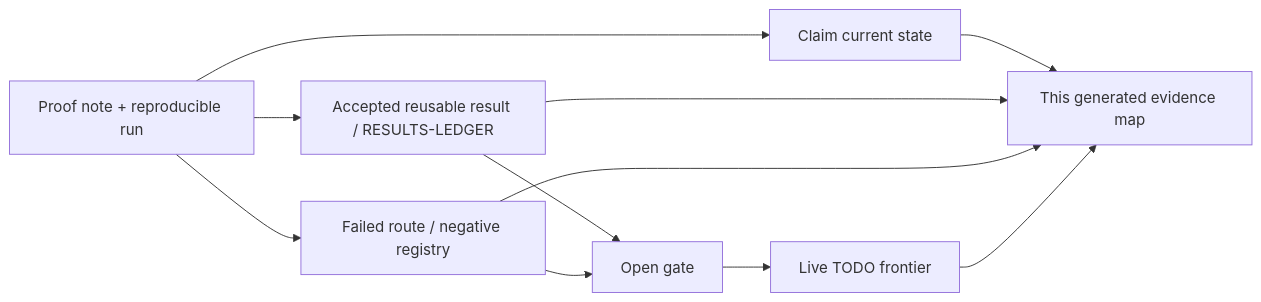
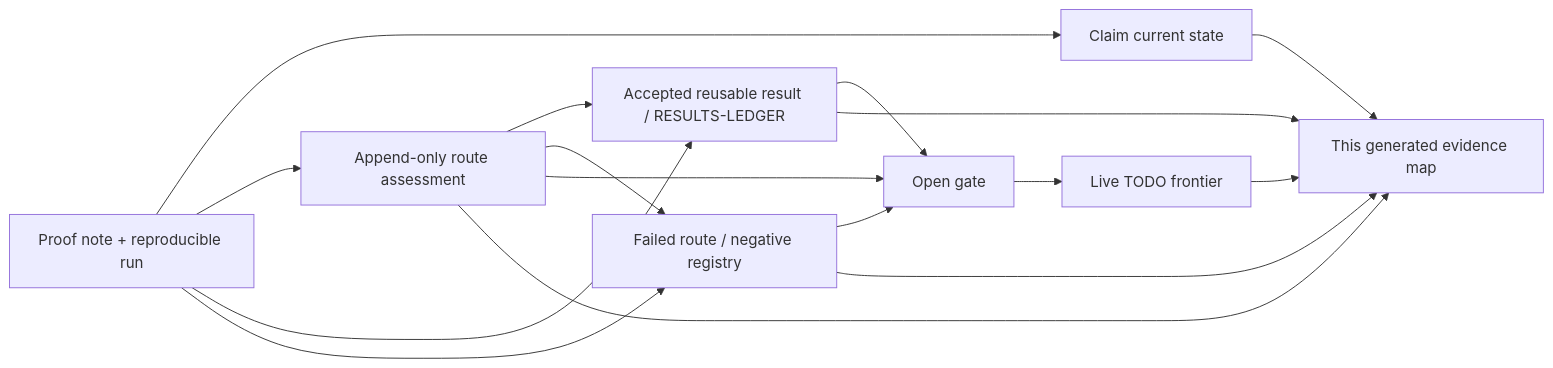
One commit to TECT-OpenPhysics/TECT-Preview changed the first of 2 diagrams in theory/proof-evidence-map.md. Above: the diagram before and after it, drawn with Mermaid. The commit also changed other lines of this file and 21 other files, not shown here.

First line of the commit message:
A13/Governance: add append-only proof exploration ledger

````diff
--- a/theory/proof-evidence-map.md
+++ b/theory/proof-evidence-map.md
@@ -13,13 +13,18 @@
 ```mermaid
 flowchart LR
   P["Proof note + reproducible run"] --> C["Claim current state"]
+  P --> E["Append-only route assessment"]
   P --> S["Accepted reusable result / RESULTS-LEDGER"]
   P --> F["Failed route / negative registry"]
+  E --> S
+  E --> F
+  E --> G
   S --> G["Open gate"]
   F --> G
   G --> T["Live TODO frontier"]
   C --> M["This generated evidence map"]
   S --> M
   F --> M
+  E --> M
   T --> M
 ```
````
